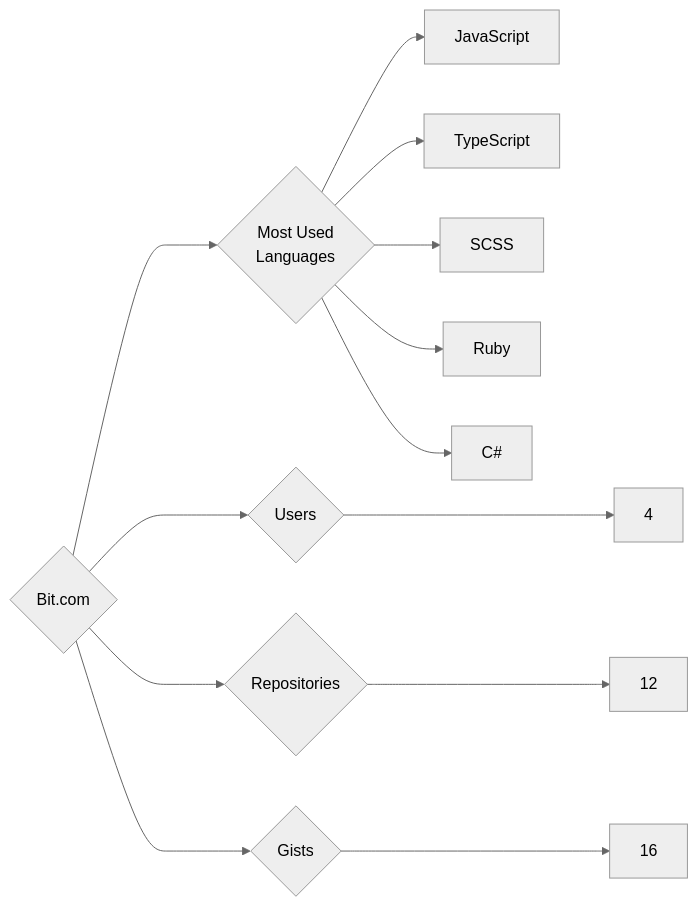
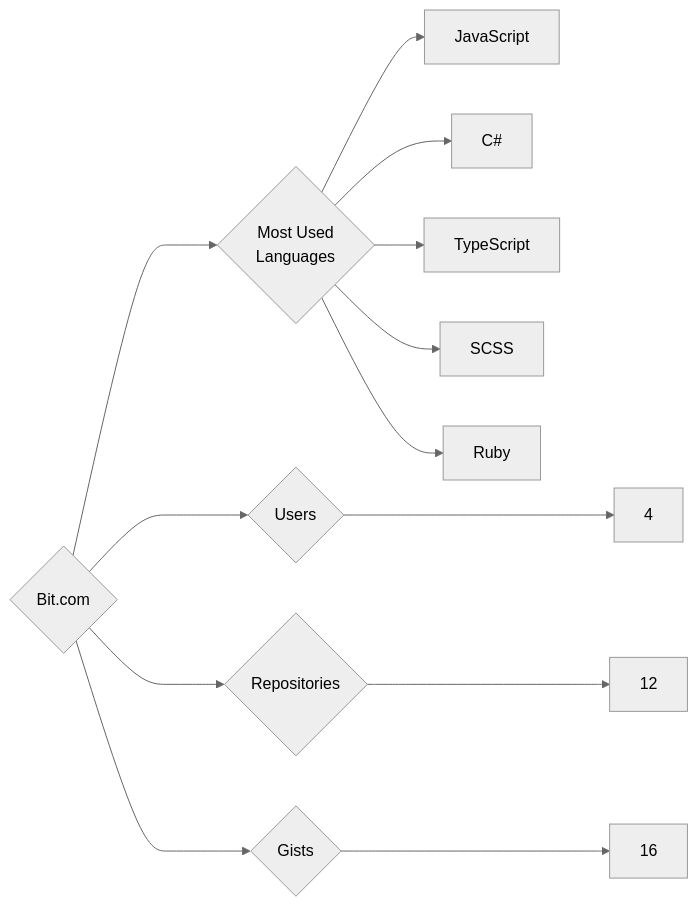
One commit to trickest/insiders changed the diagram in targets/Bit.com/README.md. Above: the diagram before and after it, drawn with Mermaid (neutral theme). The commit also changed other lines of this file and 1078 other files, not shown here.

````diff
--- a/targets/Bit.com/README.md
+++ b/targets/Bit.com/README.md
@@ -3,13 +3,13 @@
 ```mermaid
 graph LR
 COMPANY_NAME{Bit.com}
 COMPANY_NAME ---> U{Users} ---> UN[4]
 COMPANY_NAME ---> R{Repositories} ---> RN[12]
 COMPANY_NAME ---> G{Gists} ---> GN[16]
 COMPANY_NAME ---> ML{Most Used<br>Languages}
 ML --> JavaScript[JavaScript]
+ML --> C#[C#]
 ML --> TypeScript[TypeScript]
 ML --> SCSS[SCSS]
 ML --> Ruby[Ruby]
-ML --> C#[C#]
 ```
````
